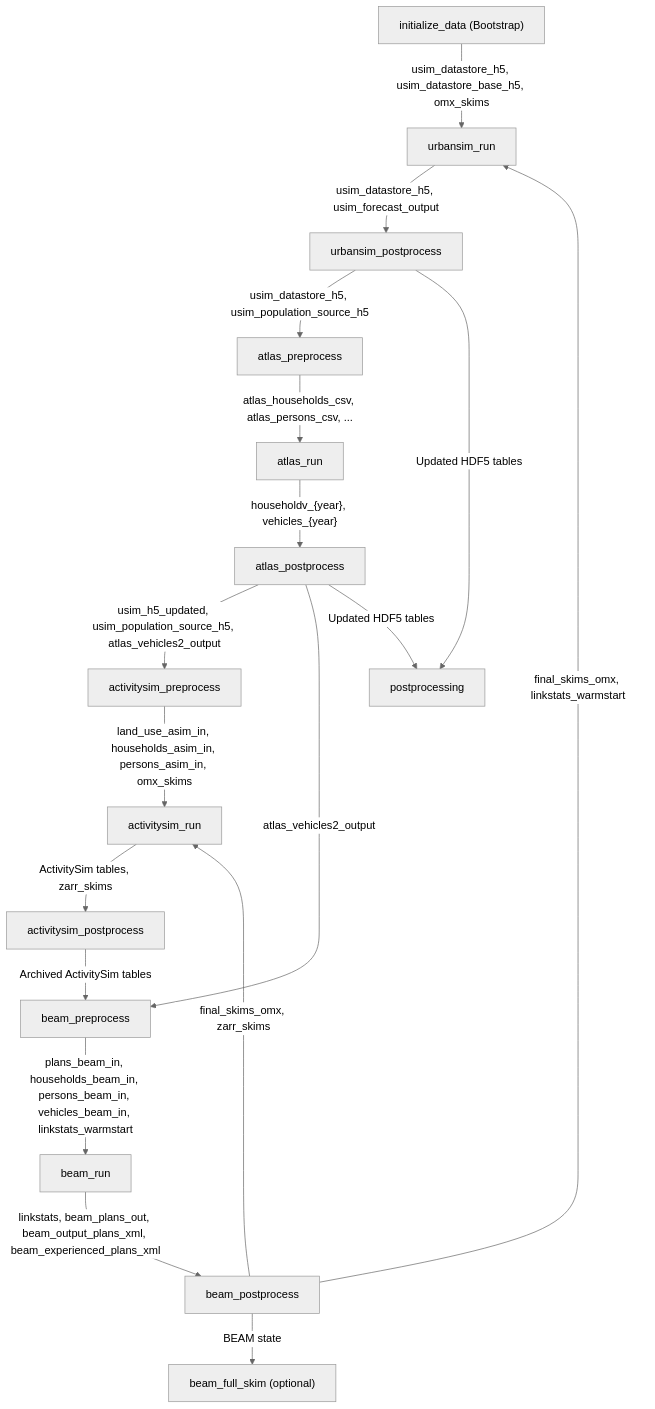
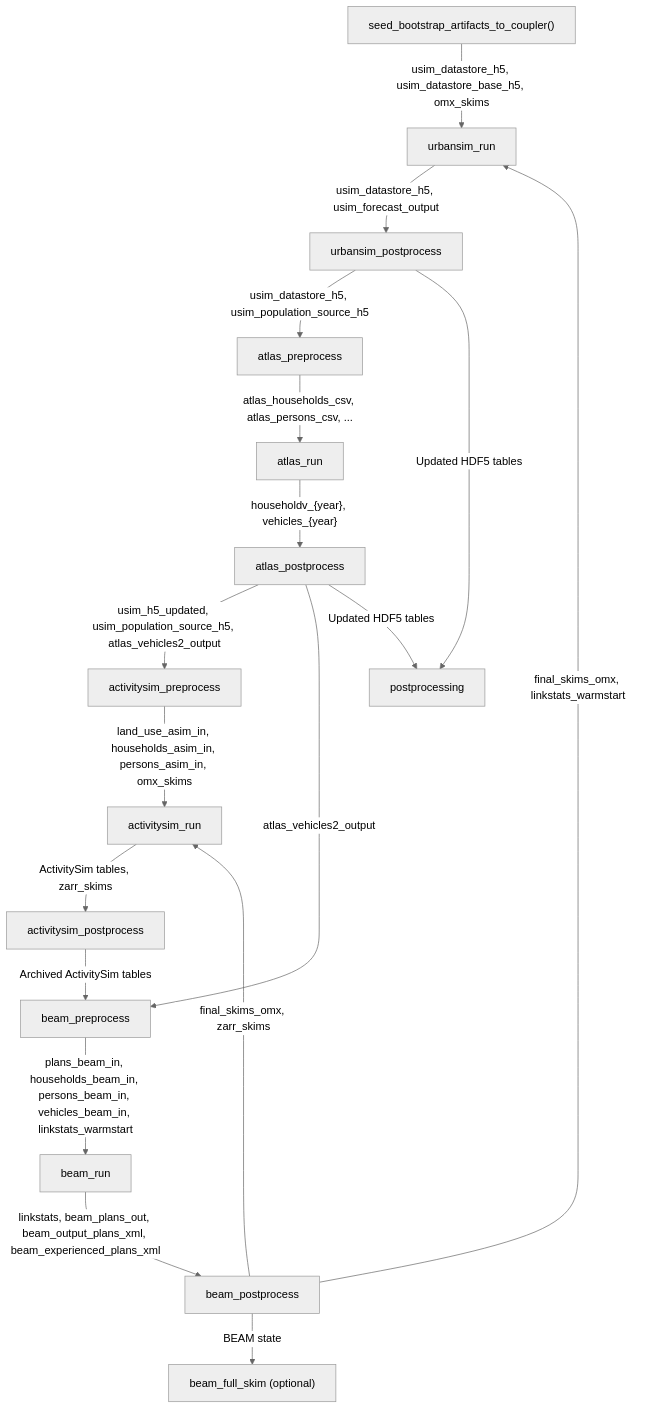
Before and after one commit to LBNL-UCB-STI/PILATES: the diagram in docs/workflow/lineage_map.md, drawn with Mermaid (neutral theme). The commit also changed other lines of this file and 15 other files, not shown here.

````diff
--- a/docs/workflow/lineage_map.md
+++ b/docs/workflow/lineage_map.md
@@ -7,19 +7,19 @@
 ```mermaid
 flowchart TD
-    Boot["initialize_data (Bootstrap)"] -->|"usim_datastore_h5, usim_datastore_base_h5, omx_skims"| URun["urbansim_run"]
+    Seed["seed_bootstrap_artifacts_to_coupler()"] -->|"usim_datastore_h5, usim_datastore_base_h5, omx_skims"| URun["urbansim_run"]
     URun -->|"usim_datastore_h5, usim_forecast_output"| UPost["urbansim_postprocess"]
     UPost -->|"usim_datastore_h5, usim_population_source_h5"| APre["atlas_preprocess"]
     APre -->|"atlas_households_csv, atlas_persons_csv, ..."| ARun["atlas_run"]
     ARun -->|"householdv_{year}, vehicles_{year}"| APost["atlas_postprocess"]
     APost -->|"usim_h5_updated, usim_population_source_h5, atlas_vehicles2_output"| ASPre["activitysim_preprocess"]
     ASPre -->|"land_use_asim_in, households_asim_in, persons_asim_in, omx_skims"| ASRun["activitysim_run"]
     ASRun -->|"ActivitySim tables, zarr_skims"| ASPost["activitysim_postprocess"]
     ASPost -->|"Archived ActivitySim tables"| BPre["beam_preprocess"]
     APost -->|"atlas_vehicles2_output"| BPre
     BPre -->|"plans_beam_in, households_beam_in, persons_beam_in, vehicles_beam_in, linkstats_warmstart"| BRun["beam_run"]
     BRun -->|"linkstats, beam_plans_out, beam_output_plans_xml, beam_experienced_plans_xml"| BPost["beam_postprocess"]
     BPost -->|"final_skims_omx, zarr_skims"| ASRun
     BPost -->|"final_skims_omx, linkstats_warmstart"| URun
     BPost -->|"BEAM state"| BFull["beam_full_skim (optional)"]
     UPost & APost -->|"Updated HDF5 tables"| Post["postprocessing"]
 ```
````
